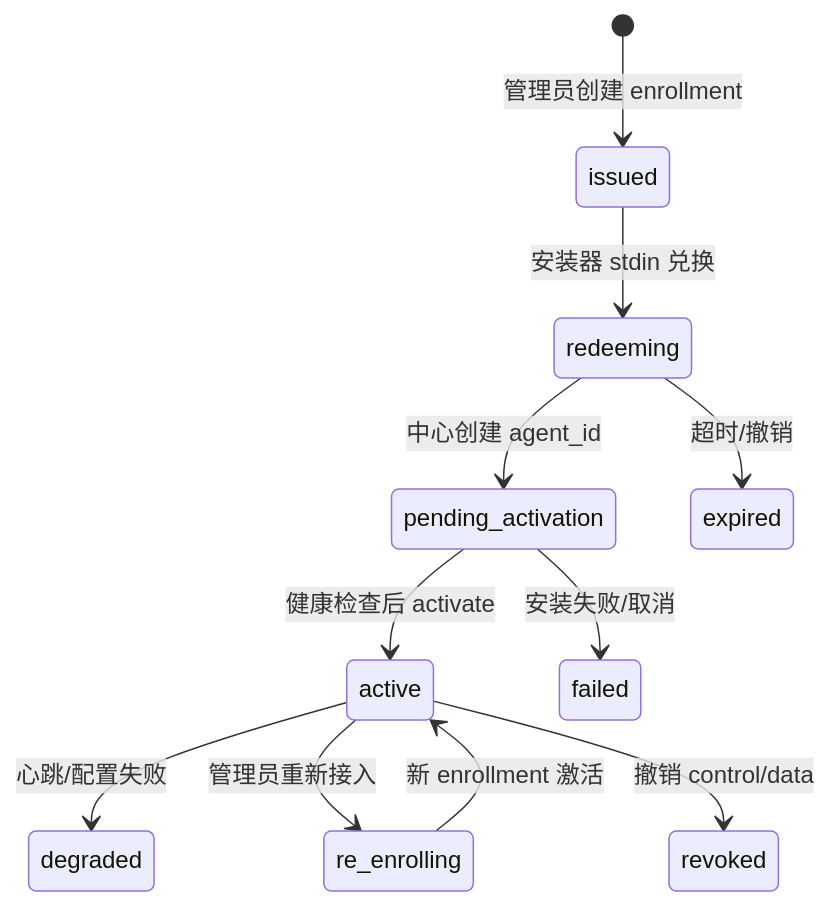
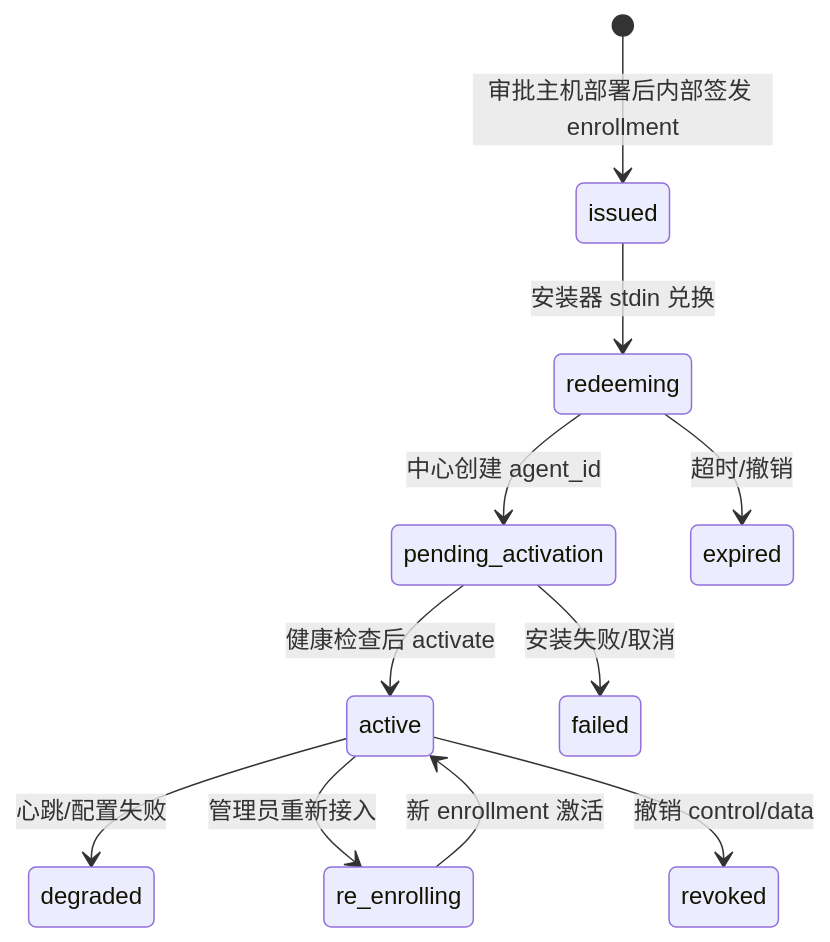
The fifth of 10 diagrams in docs/system-design.md (workhold/lightmoni), drawn with Mermaid before and after one commit. The commit also changed other lines of this file and 66 other files, not shown here.

````diff
--- a/docs/system-design.md
+++ b/docs/system-design.md
@@ -475,13 +475,13 @@
 ```mermaid
 stateDiagram-v2
-  [*] --> issued: 管理员创建 enrollment
+  [*] --> issued: 审批主机部署后内部签发 enrollment
   issued --> redeeming: 安装器 stdin 兑换
   redeeming --> pending_activation: 中心创建 agent_id
   redeeming --> expired: 超时/撤销
   pending_activation --> active: 健康检查后 activate
   pending_activation --> failed: 安装失败/取消
   active --> degraded: 心跳/配置失败
   active --> re_enrolling: 管理员重新接入
   active --> revoked: 撤销 control/data
   re_enrolling --> active: 新 enrollment 激活
 ```
````
